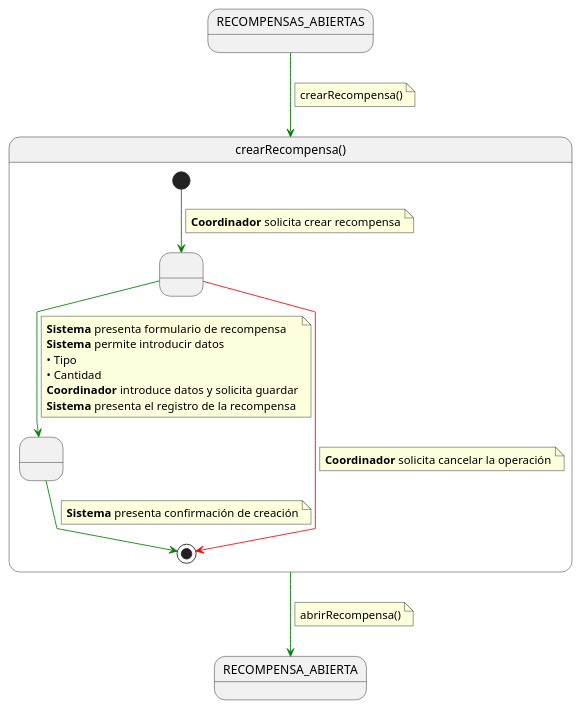
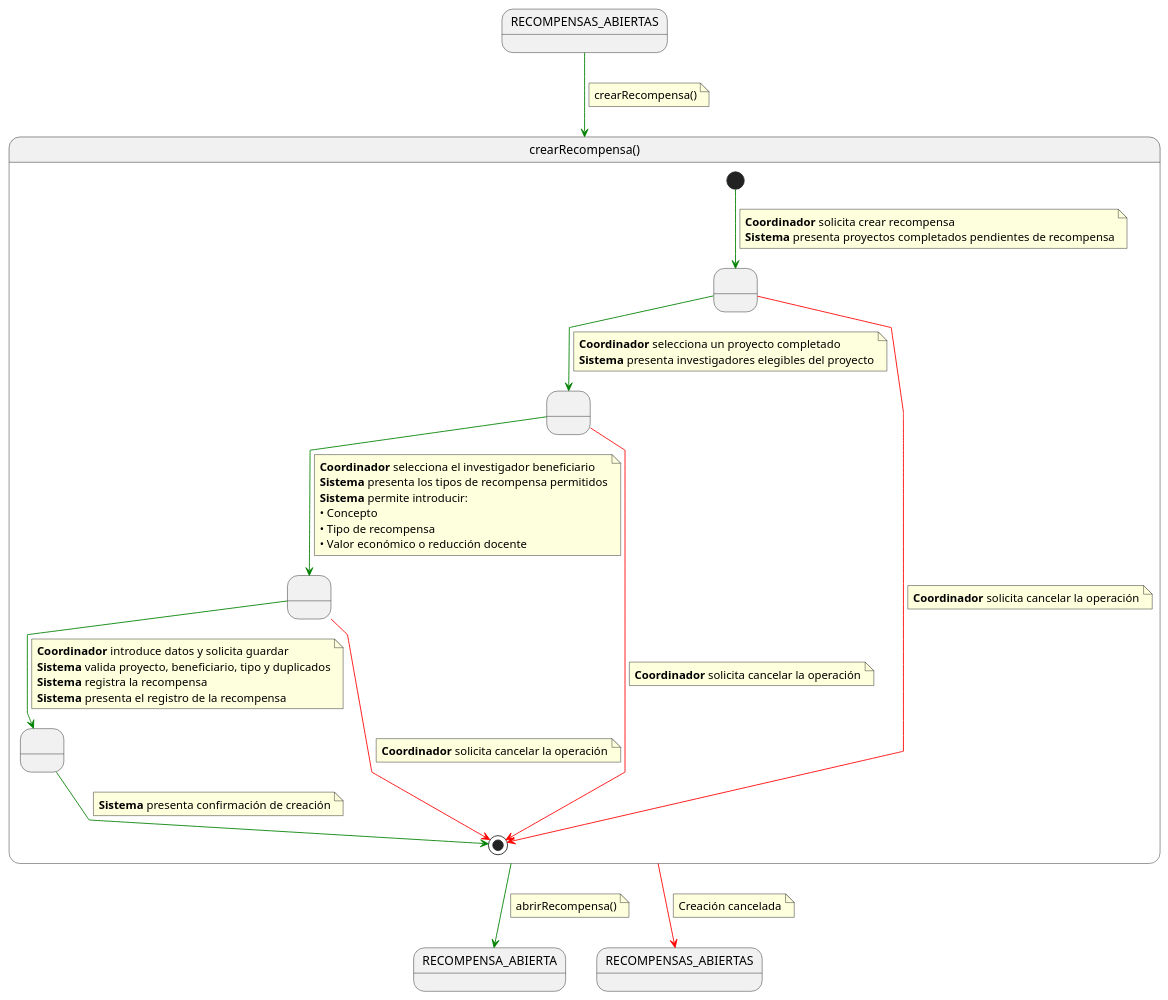
The diagram in RUP/00-casos-uso/02-detalle/coordinador/crearRecompensa/especificacion.puml (beatriizorozco/25-26-idsw2-sdVC), drawn with PlantUML before and after one commit. The commit also changed 10 other files, not shown here.

First line of the commit message:
docs(recompensas): completar flujo de crear recompensa

```diff
--- a/RUP/00-casos-uso/02-detalle/coordinador/crearRecompensa/especificacion.puml
+++ b/RUP/00-casos-uso/02-detalle/coordinador/crearRecompensa/especificacion.puml
@@ -1,51 +1,79 @@
 @startuml crearRecompensa
 
 skinparam linetype polyline
 
 state in1 as "RECOMPENSAS_ABIERTAS"
 in1 -[#green]-> crearRecompensa
 note on link
 crearRecompensa()
 end note
 
 state crearRecompensa as "crearRecompensa()" {
 
+    state " " as SeleccionandoProyecto
+    state " " as SeleccionandoBeneficiario
     state " " as IntroduciendoDatos
     state " " as RecompensaCreada
 
-    [*] -[#green]-> IntroduciendoDatos
+    [*] -[#green]-> SeleccionandoProyecto
     note on link
     <b>Coordinador</b> solicita crear recompensa
+    <b>Sistema</b> presenta proyectos completados pendientes de recompensa
+    end note
+
+    SeleccionandoProyecto -[#green]-> SeleccionandoBeneficiario
+    note on link
+    <b>Coordinador</b> selecciona un proyecto completado
+    <b>Sistema</b> presenta investigadores elegibles del proyecto
+    end note
+
+    SeleccionandoBeneficiario -[#green]-> IntroduciendoDatos
+    note on link
+    <b>Coordinador</b> selecciona el investigador beneficiario
+    <b>Sistema</b> presenta los tipos de recompensa permitidos
+    <b>Sistema</b> permite introducir:
+    • Concepto
+    • Tipo de recompensa
+    • Valor económico o reducción docente
     end note
 
     IntroduciendoDatos -[#green]-> RecompensaCreada
     note on link
-    <b>Sistema</b> presenta formulario de recompensa
-    <b>Sistema</b> permite introducir datos
-    • Tipo
-    • Cantidad
     <b>Coordinador</b> introduce datos y solicita guardar
+    <b>Sistema</b> valida proyecto, beneficiario, tipo y duplicados
+    <b>Sistema</b> registra la recompensa
     <b>Sistema</b> presenta el registro de la recompensa
+    end note
+
+    SeleccionandoProyecto -[#red]-> [*]
+    note on link
+    <b>Coordinador</b> solicita cancelar la operación
+    end note
+
+    SeleccionandoBeneficiario -[#red]-> [*]
+    note on link
+    <b>Coordinador</b> solicita cancelar la operación
     end note
 
     IntroduciendoDatos -[#red]-> [*]
     note on link
     <b>Coordinador</b> solicita cancelar la operación
     end note
 
     RecompensaCreada -[#green]-> [*]
     note on link
     <b>Sistema</b> presenta confirmación de creación
     end note
 }
 
 crearRecompensa -[#green]-> RECOMPENSA_ABIERTA
 note on link
 abrirRecompensa()
 end note
 
-
-
-
+crearRecompensa -[#red]-> RECOMPENSAS_ABIERTAS
+note on link
+Creación cancelada
+end note
 
 @enduml
```
